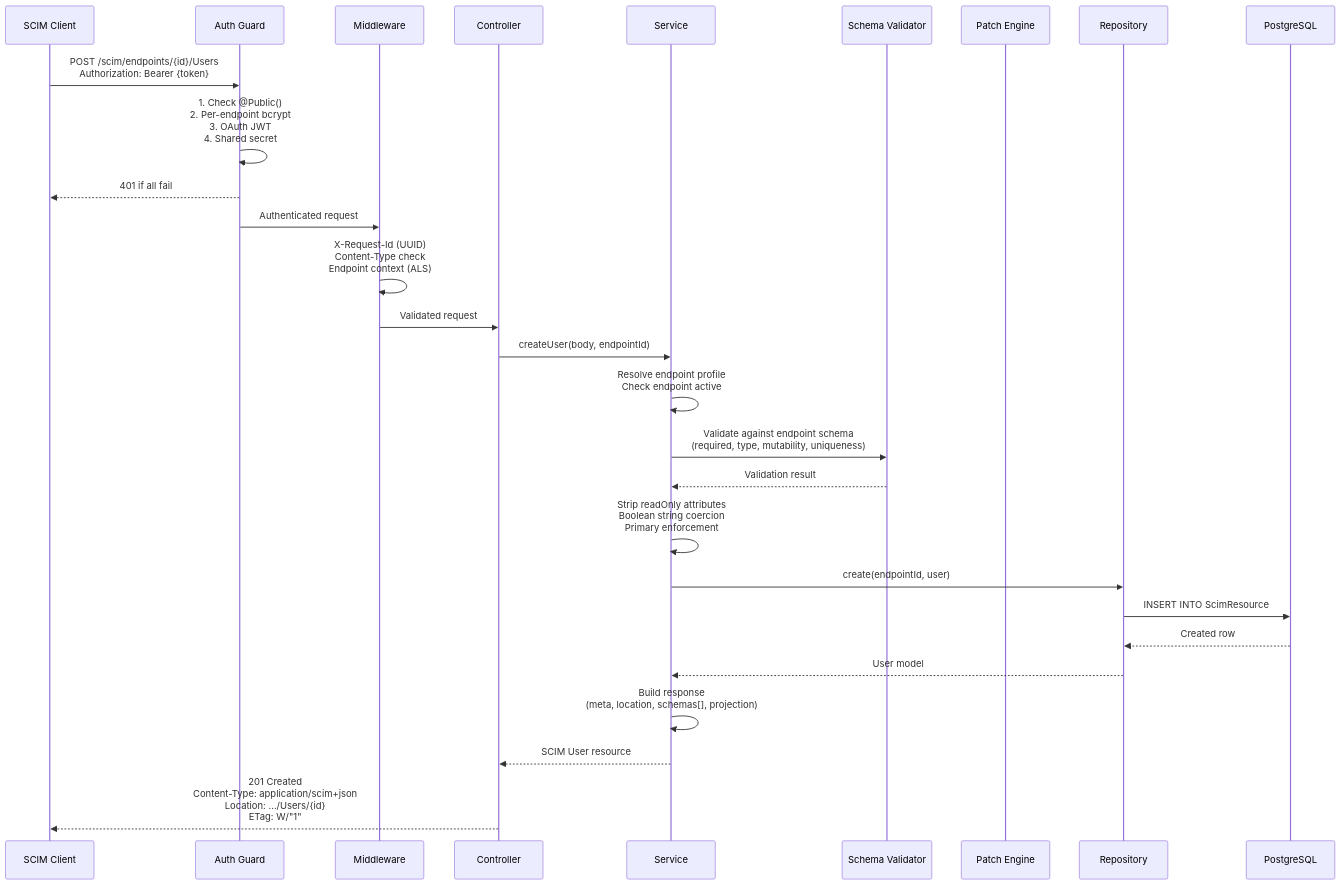
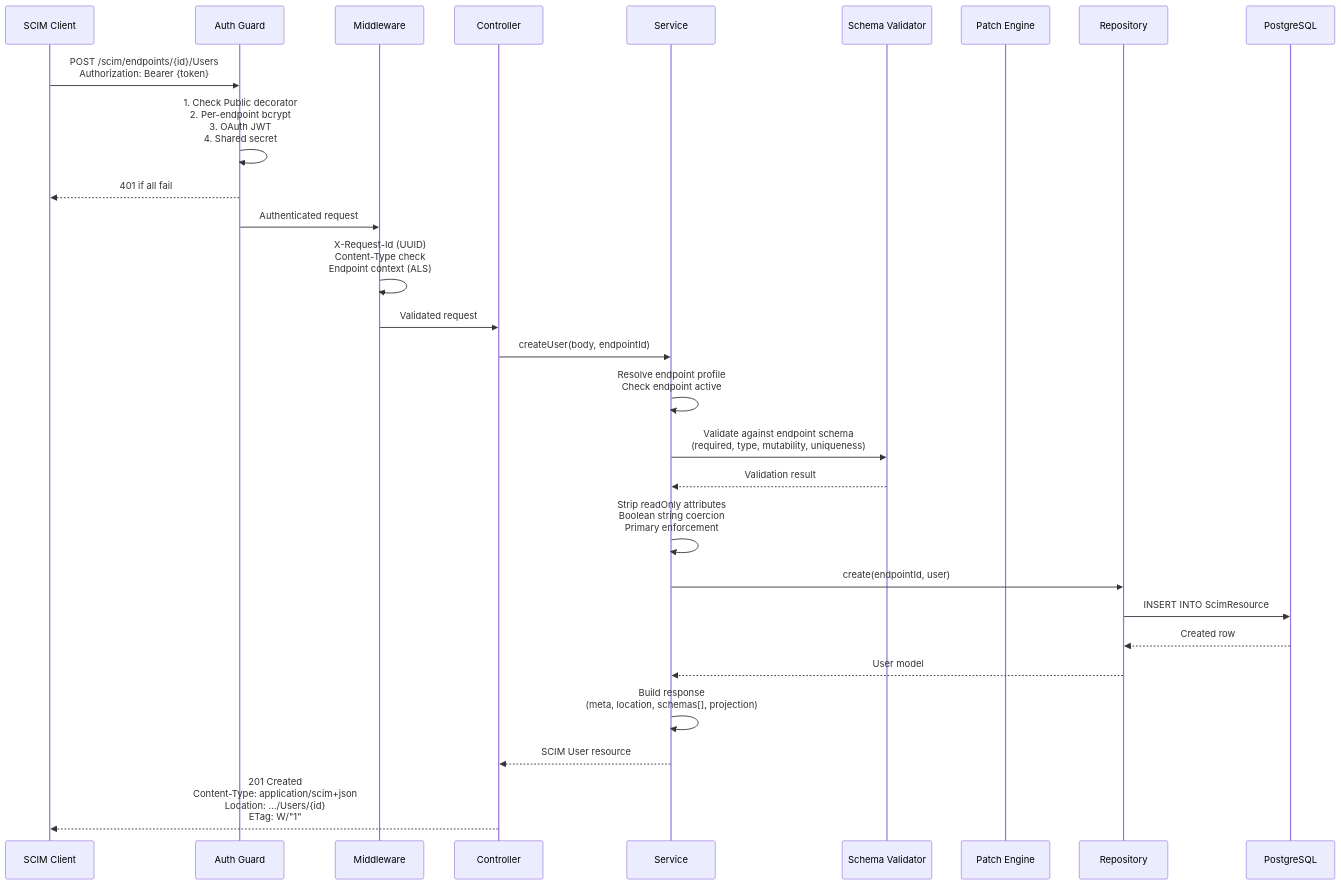
Before and after one commit to pranems/SCIMServer: the second of 5 diagrams in README.md, drawn with Mermaid. The commit also changed other lines of this file and 2 other files, not shown here.

Commit message:
Fix Mermaid parse error: remove @ from diagram node labels in README

````diff
--- a/README.md
+++ b/README.md
@@ -166,31 +166,31 @@
 ```mermaid
 sequenceDiagram
     participant C as SCIM Client
     participant G as Auth Guard
     participant M as Middleware
     participant Ctrl as Controller
     participant Svc as Service
     participant V as Schema Validator
     participant PE as Patch Engine
     participant R as Repository
     participant DB as PostgreSQL
 
     C->>G: POST /scim/endpoints/{id}/Users<br>Authorization: Bearer {token}
-    G->>G: 1. Check @Public()<br>2. Per-endpoint bcrypt<br>3. OAuth JWT<br>4. Shared secret
+    G->>G: 1. Check Public decorator<br>2. Per-endpoint bcrypt<br>3. OAuth JWT<br>4. Shared secret
     G-->>C: 401 if all fail
     G->>M: Authenticated request
     M->>M: X-Request-Id (UUID)<br>Content-Type check<br>Endpoint context (ALS)
     M->>Ctrl: Validated request
     Ctrl->>Svc: createUser(body, endpointId)
     Svc->>Svc: Resolve endpoint profile<br>Check endpoint active
     Svc->>V: Validate against endpoint schema<br>(required, type, mutability, uniqueness)
     V-->>Svc: Validation result
     Svc->>Svc: Strip readOnly attributes<br>Boolean string coercion<br>Primary enforcement
     Svc->>R: create(endpointId, user)
     R->>DB: INSERT INTO ScimResource
     DB-->>R: Created row
     R-->>Svc: User model
     Svc->>Svc: Build response<br>(meta, location, schemas[], projection)
     Svc-->>Ctrl: SCIM User resource
     Ctrl-->>C: 201 Created<br>Content-Type: application/scim+json<br>Location: .../Users/{id}<br>ETag: W/"1"
 ```
````
